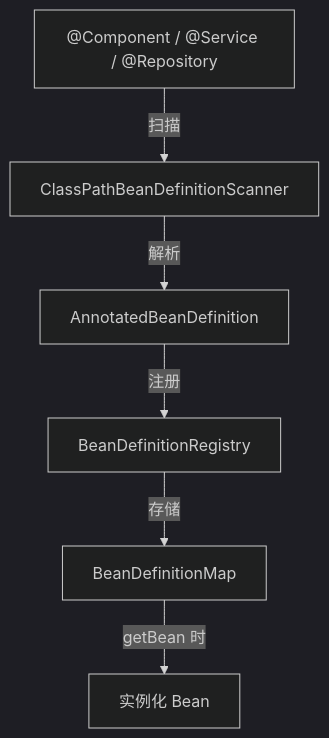
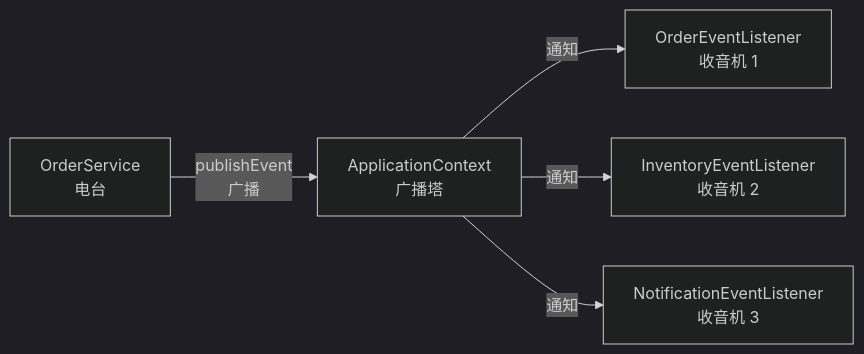
One commit to b1tzer/spring-world changed the third of 4 diagrams in docs/01-spring-core/chapter-03-container.md. Above: the diagram before and after it, drawn with Mermaid (dark theme). The commit also changed other lines of this file and 3 other files, not shown here.

````diff
--- a/docs/01-spring-core/chapter-03-container.md
+++ b/docs/01-spring-core/chapter-03-container.md
@@ -201,8 +259,7 @@
 ```mermaid
-graph TD
-    A["@Component / @Service / @Repository"] -->|扫描| B[ClassPathBeanDefinitionScanner]
-    B -->|解析| C[AnnotatedBeanDefinition]
-    C -->|注册| D[BeanDefinitionRegistry]
-    D -->|存储| E[BeanDefinitionMap]
-    E -->|getBean 时| F[实例化 Bean]
+graph LR
+    A[OrderService<br/>电台] -->|publishEvent<br/>广播| B[ApplicationContext<br/>广播塔]
+    B -->|通知| C[OrderEventListener<br/>收音机 1]
+    B -->|通知| D[InventoryEventListener<br/>收音机 2]
+    B -->|通知| E[NotificationEventListener<br/>收音机 3]
 ```
````
